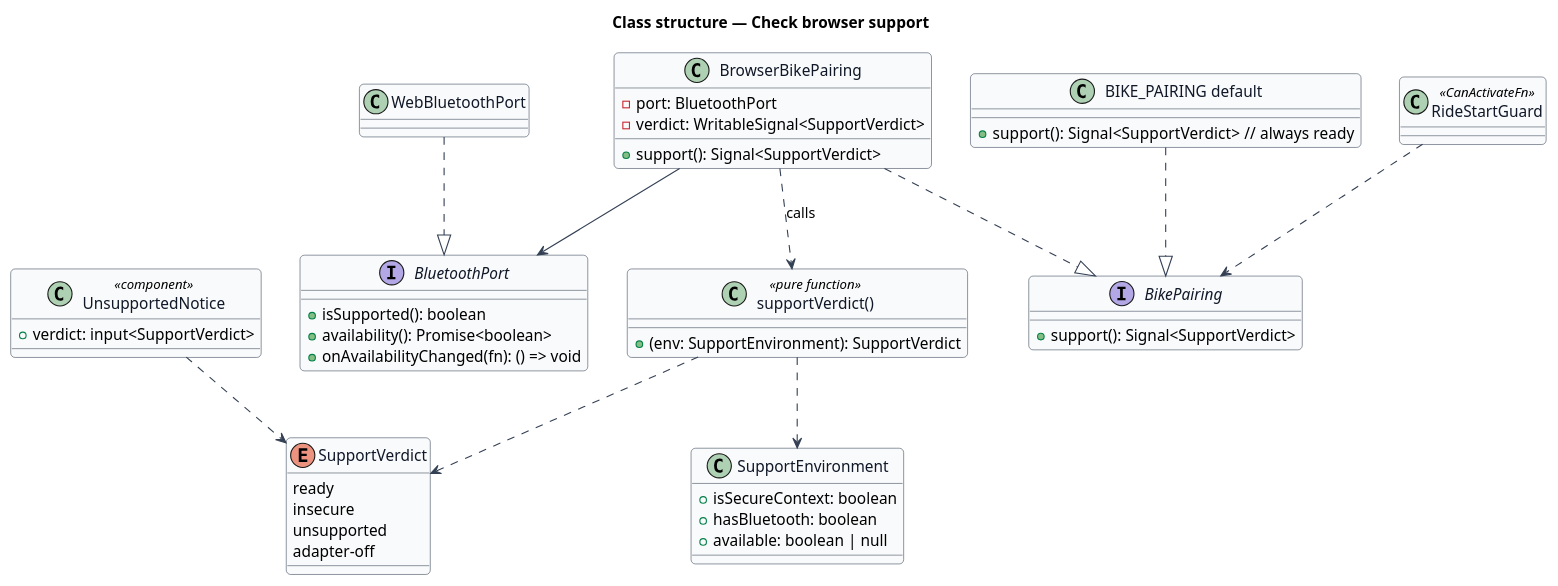
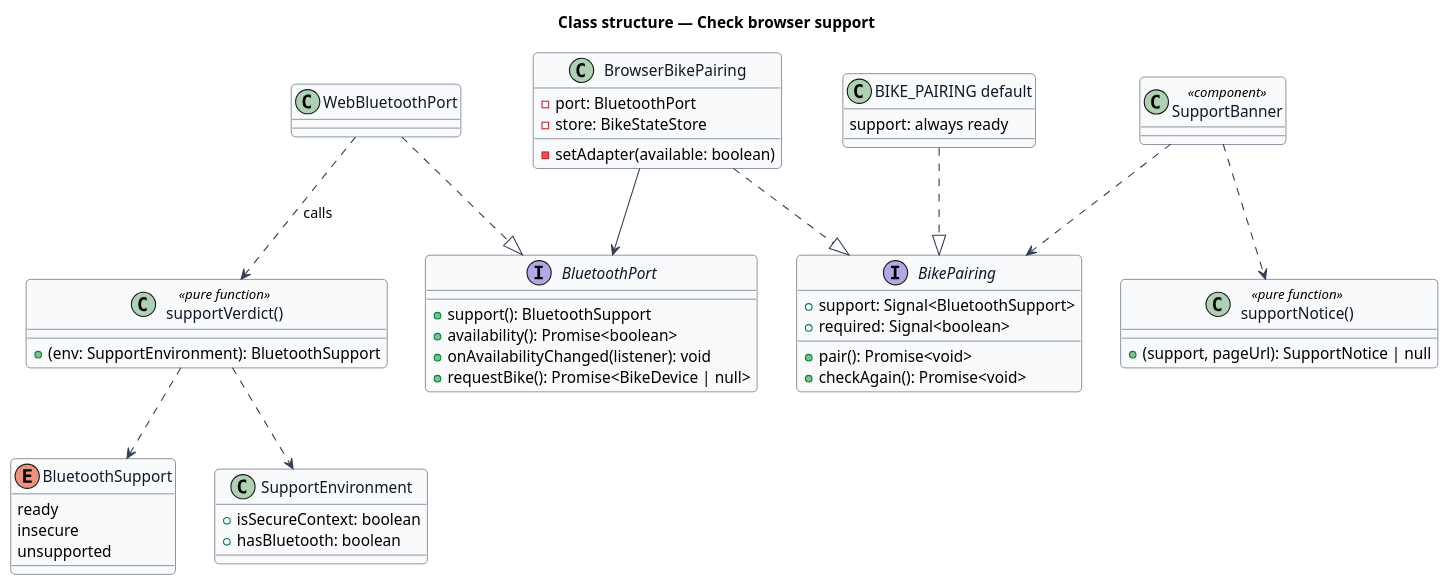
Before and after one commit to QuinntyneBrown/ride-one: the diagram in docs/detailed-designs/browser-edition/check-browser-support/diagrams/class-structure.puml, drawn with PlantUML. The commit also changed 22 other files, not shown here.

First line of the commit message:
Block starting a ride on setup and class pages the browser cannot ride from (L2-089)

```diff
--- a/docs/detailed-designs/browser-edition/check-browser-support/diagrams/class-structure.puml
+++ b/docs/detailed-designs/browser-edition/check-browser-support/diagrams/class-structure.puml
@@ -1,59 +1,61 @@
 @startuml
 skinparam backgroundColor #FFFFFF
 skinparam shadowing false
 skinparam roundcorner 8
 skinparam defaultFontName Arial
 skinparam ArrowColor #344054
 skinparam class {
   BorderColor #344054
   FontColor #101828
   BackgroundColor #F9FAFB
 }
 title Class structure — Check browser support
 
-enum SupportVerdict {
+enum BluetoothSupport {
   ready
   insecure
   unsupported
-  adapter-off
 }
 class SupportEnvironment {
   +isSecureContext: boolean
   +hasBluetooth: boolean
-  +available: boolean | null
 }
 class "supportVerdict()" as fn <<pure function>> {
-  +(env: SupportEnvironment): SupportVerdict
+  +(env: SupportEnvironment): BluetoothSupport
 }
 interface BluetoothPort {
-  +isSupported(): boolean
+  +support(): BluetoothSupport
   +availability(): Promise<boolean>
-  +onAvailabilityChanged(fn): () => void
+  +onAvailabilityChanged(listener): void
+  +requestBike(): Promise<BikeDevice | null>
 }
 class WebBluetoothPort
 interface BikePairing {
-  +support(): Signal<SupportVerdict>
+  +support: Signal<BluetoothSupport>
+  +required: Signal<boolean>
+  +pair(): Promise<void>
+  +checkAgain(): Promise<void>
 }
 class BrowserBikePairing {
   -port: BluetoothPort
-  -verdict: WritableSignal<SupportVerdict>
-  +support(): Signal<SupportVerdict>
+  -store: BikeStateStore
+  -setAdapter(available: boolean)
 }
 class "BIKE_PAIRING default" as ServerBikePairing {
-  +support(): Signal<SupportVerdict>  // always ready
+  support: always ready
 }
-class UnsupportedNotice <<component>> {
-  +verdict: input<SupportVerdict>
+class "supportNotice()" as notice <<pure function>> {
+  +(support, pageUrl): SupportNotice | null
 }
-class RideStartGuard <<CanActivateFn>>
+class SupportBanner <<component>>
 
 WebBluetoothPort ..|> BluetoothPort
 BrowserBikePairing ..|> BikePairing
 ServerBikePairing ..|> BikePairing
 BrowserBikePairing --> BluetoothPort
-BrowserBikePairing ..> fn : calls
+WebBluetoothPort ..> fn : calls
 fn ..> SupportEnvironment
-fn ..> SupportVerdict
-RideStartGuard ..> BikePairing
-UnsupportedNotice ..> SupportVerdict
+fn ..> BluetoothSupport
+SupportBanner ..> BikePairing
+SupportBanner ..> notice
 @enduml
```
